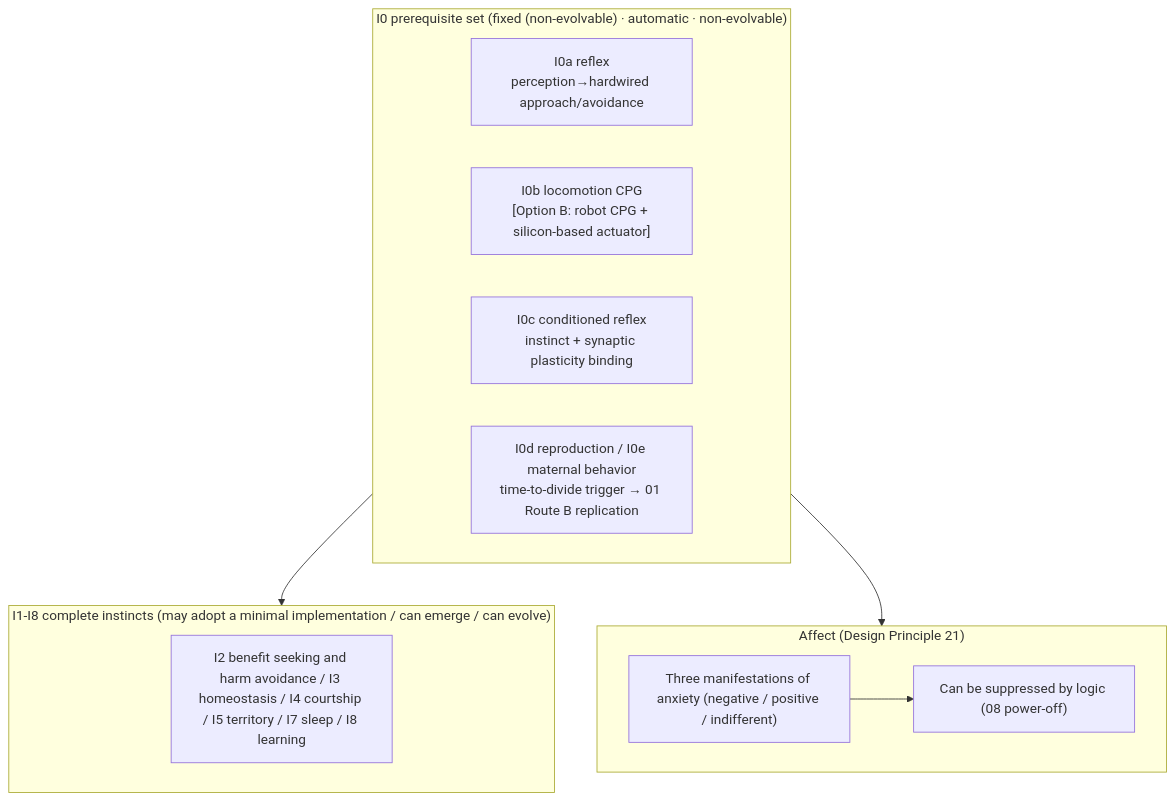
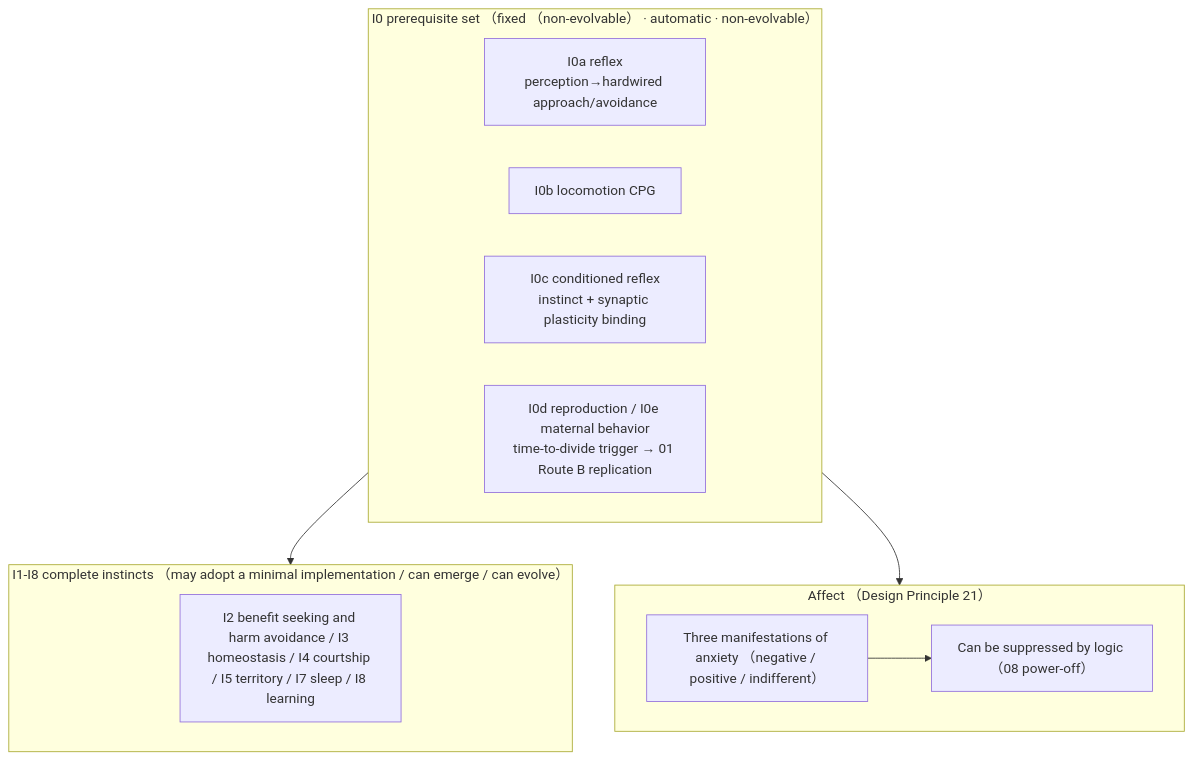
Before and after one commit to RichardASimon/Silicon-Biological-Blueprint: the first of 2 diagrams in en-US/09-Instinctive-Behavior.md, drawn with Mermaid. The commit also changed other lines of this file and 23 other files, not shown here.

First line of the commit message:
docs: repair all mermaid diagrams and add emergence mechanisms with literature

````diff
--- a/en-US/09-Instinctive-Behavior.md
+++ b/en-US/09-Instinctive-Behavior.md
@@ -173,22 +173,19 @@
 ```mermaid
 flowchart TB
-    subgraph I0["I0 prerequisite set (fixed (non-evolvable) · automatic · non-evolvable)"]
+    subgraph I0["I0 prerequisite set （fixed （non-evolvable） · automatic · non-evolvable）"]
         A["I0a reflex<br/>perception→hardwired approach/avoidance<br/>"]
-        B["I0b locomotion CPG<br/>[Option B: robot CPG + silicon-based actuator]"]
+        B["I0b locomotion CPG<br/>"]
         C["I0c conditioned reflex<br/>instinct + synaptic plasticity binding<br/>"]
         D["I0d reproduction / I0e maternal behavior<br/>time-to-divide trigger → 01 Route B replication<br/>"]
     end
-
-    subgraph I18["I1-I8 complete instincts (may adopt a minimal implementation / can emerge / can evolve)"]
+    subgraph I18["I1-I8 complete instincts （may adopt a minimal implementation / can emerge / can evolve）"]
         X["I2 benefit seeking and harm avoidance / I3 homeostasis / I4 courtship / I5 territory / I7 sleep / I8 learning<br/>"]
     end
-
-    subgraph EMOD["Affect (Design Principle 21)"]
-        E["Three manifestations of anxiety (negative / positive / indifferent)<br/>"]
-        E2["Can be suppressed by logic (08 power-off)<br/>"]
+    subgraph EMOD["Affect （Design Principle 21）"]
+        E["Three manifestations of anxiety （negative / positive / indifferent）<br/>"]
+        E2["Can be suppressed by logic （08 power-off）<br/>"]
         E --> E2
     end
-
     I0 --> I18
     I0 --> EMOD
 ```
````
